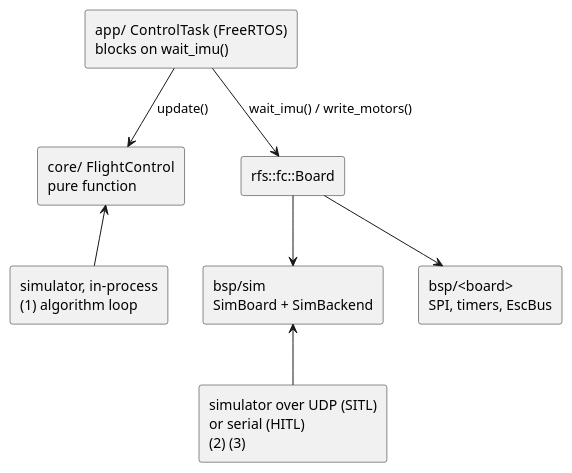
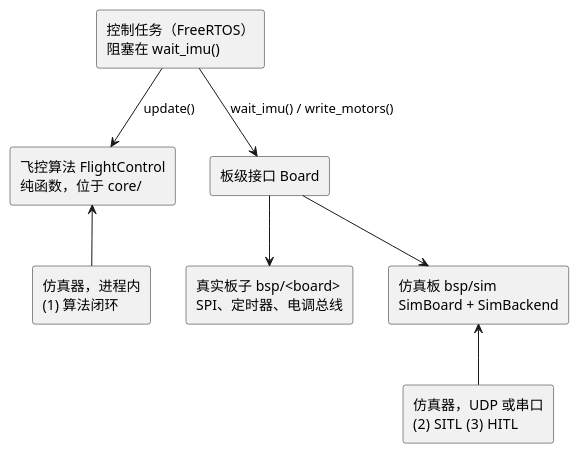
The diagram in docs/diagrams/architecture-sim-layers.puml (ravii/ruhnix-flight-system), drawn with PlantUML before and after one commit. The commit also changed 12 other files, not shown here.

First line of the commit message:
docs: Chinese PlantUML diagrams without ":" in element names

```diff
--- a/docs/diagrams/architecture-sim-layers.puml
+++ b/docs/diagrams/architecture-sim-layers.puml
@@ -1,20 +1,20 @@
 @startuml
 ' rfs-diagram: architecture-sim-layers
 skinparam componentStyle rectangle
 skinparam shadowing false
 
-component "app/  ControlTask (FreeRTOS)\nblocks on wait_imu()" as TASK
-component "core/  FlightControl\npure function" as CORE
-component "rfs::fc::Board" as BOARD
-component "bsp/~<board>\nSPI, timers, EscBus" as BSP
-component "bsp/sim\nSimBoard + SimBackend" as SIMB
-component "simulator, in-process\n(1) algorithm loop" as INPROC
-component "simulator over UDP (SITL)\nor serial (HITL)\n(2) (3)" as REMOTE
+component "控制任务（FreeRTOS）\n阻塞在 wait_imu()" as TASK
+component "飞控算法 FlightControl\n纯函数，位于 core/" as CORE
+component "板级接口 Board" as BOARD
+component "真实板子 bsp/~<board>\nSPI、定时器、电调总线" as BSP
+component "仿真板 bsp/sim\nSimBoard + SimBackend" as SIMB
+component "仿真器，进程内\n(1) 算法闭环" as INPROC
+component "仿真器，UDP 或串口\n(2) SITL  (3) HITL" as REMOTE
 
 TASK --> CORE : update()
 TASK --> BOARD : wait_imu() / write_motors()
 BOARD --> BSP
 BOARD --> SIMB
-INPROC -up-> CORE
-REMOTE -up-> SIMB
+CORE <-- INPROC
+SIMB <-- REMOTE
 @enduml
```
